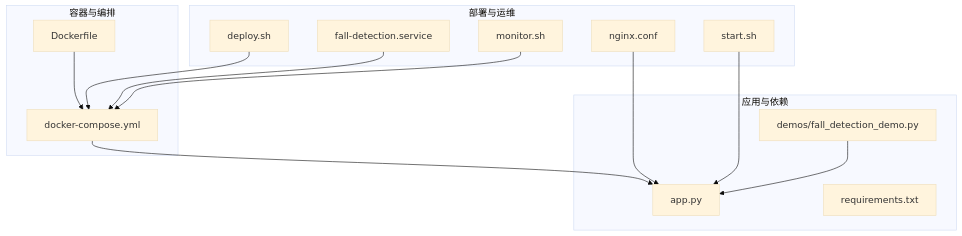
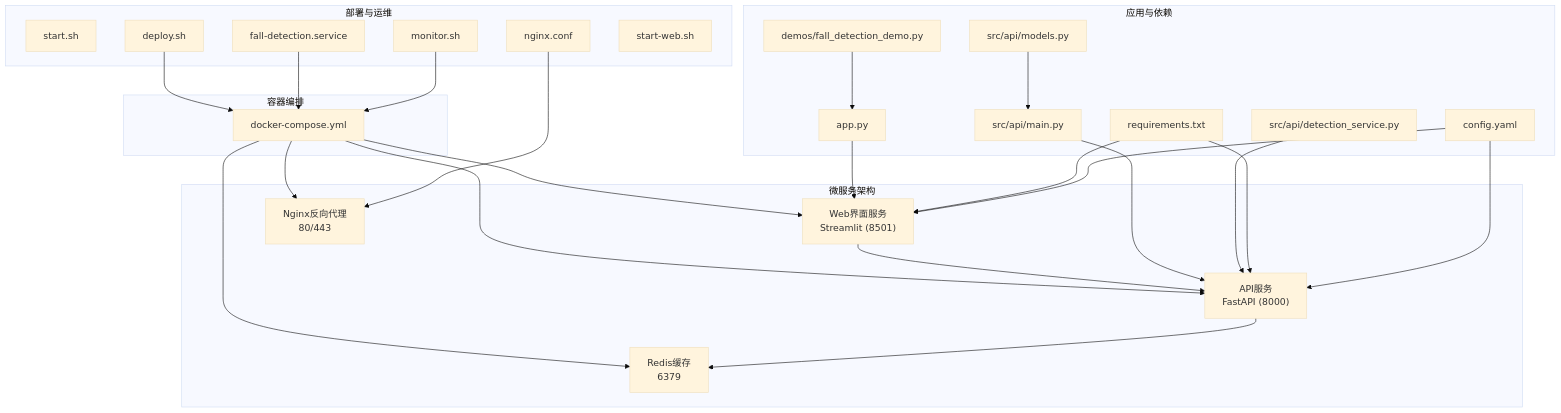
The first of 11 diagrams in .qoder/repowiki/zh/content/部署与运维/部署与运维.md (nanfeng2021/fall-detection-system), drawn with Mermaid (base theme) before and after one commit. The commit also changed other lines of this file and 16 other files, not shown here.

````diff
--- a/.qoder/repowiki/zh/content/部署与运维/部署与运维.md
+++ b/.qoder/repowiki/zh/content/部署与运维/部署与运维.md
@@ -46,27 +67,48 @@
 ```mermaid
 graph TB
-subgraph "容器与编排"
-D["Dockerfile"]
-C["docker-compose.yml"]
+subgraph "微服务架构"
+WEB["Web界面服务<br/>Streamlit (8501)"]
+API["API服务<br/>FastAPI (8000)"]
+REDIS["Redis缓存<br/>6379"]
+NGINX["Nginx反向代理<br/>80/443"]
+end
+subgraph "容器编排"
+COMPOSE["docker-compose.yml"]
 end
 subgraph "部署与运维"
 S["start.sh"]
 DS["deploy.sh"]
-M["monitor.sh"]
+MS["monitor.sh"]
 SVC["fall-detection.service"]
-NGINX["nginx.conf"]
+NGCONF["nginx.conf"]
+SWEB["start-web.sh"]
 end
 subgraph "应用与依赖"
 APP["app.py"]
+API_MAIN["src/api/main.py"]
+DETECT["src/api/detection_service.py"]
+MODELS["src/api/models.py"]
 REQ["requirements.txt"]
+CFG["config.yaml"]
 DEMO["demos/fall_detection_demo.py"]
 end
-D --> C
-C --> APP
-DS --> C
-SVC --> C
-NGINX --> APP
-M --> C
-S --> APP
+COMPOSE --> WEB
+COMPOSE --> API
+COMPOSE --> REDIS
+COMPOSE --> NGINX
+DS --> COMPOSE
+SVC --> COMPOSE
+NGCONF --> NGINX
+MS --> COMPOSE
+WEB --> API
+API --> REDIS
+APP --> WEB
+API_MAIN --> API
+DETECT --> API
+MODELS --> API_MAIN
+REQ --> WEB
+REQ --> API
+CFG --> WEB
+CFG --> API
 DEMO --> APP
 ```
````
